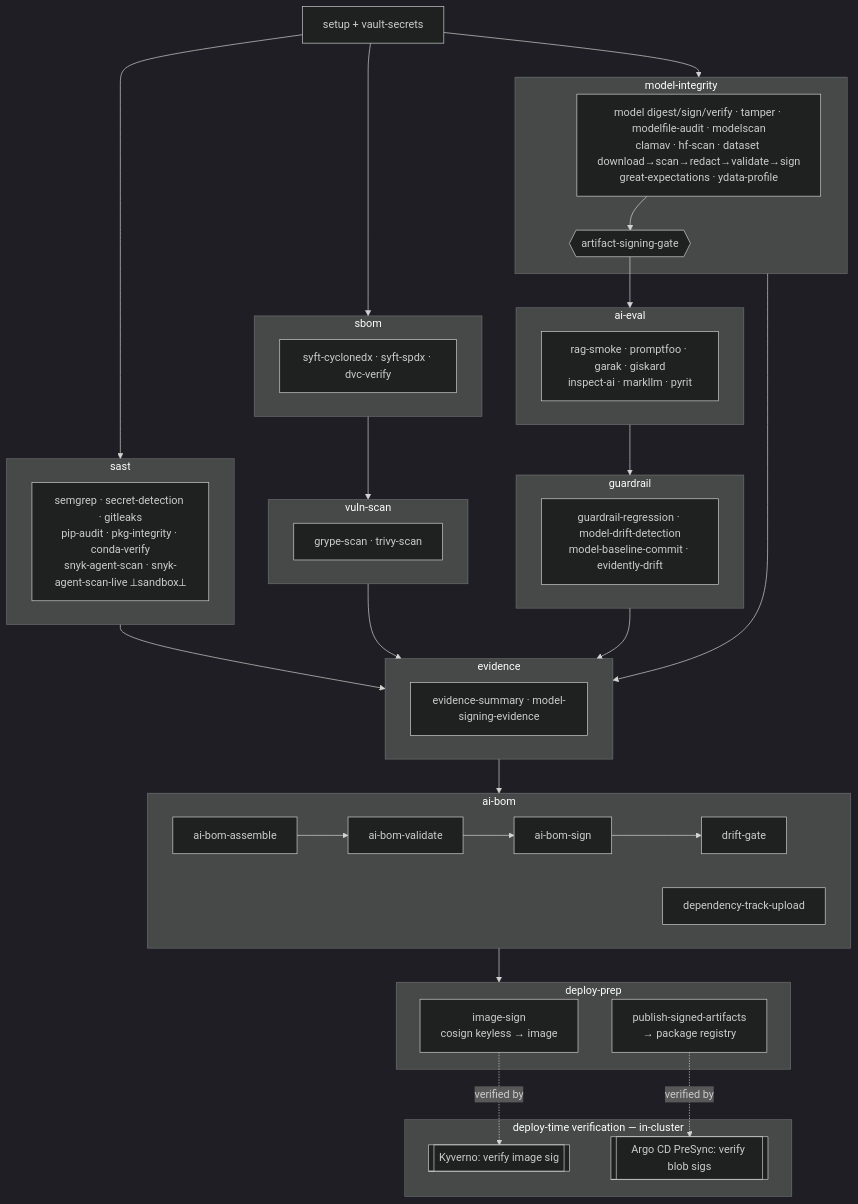
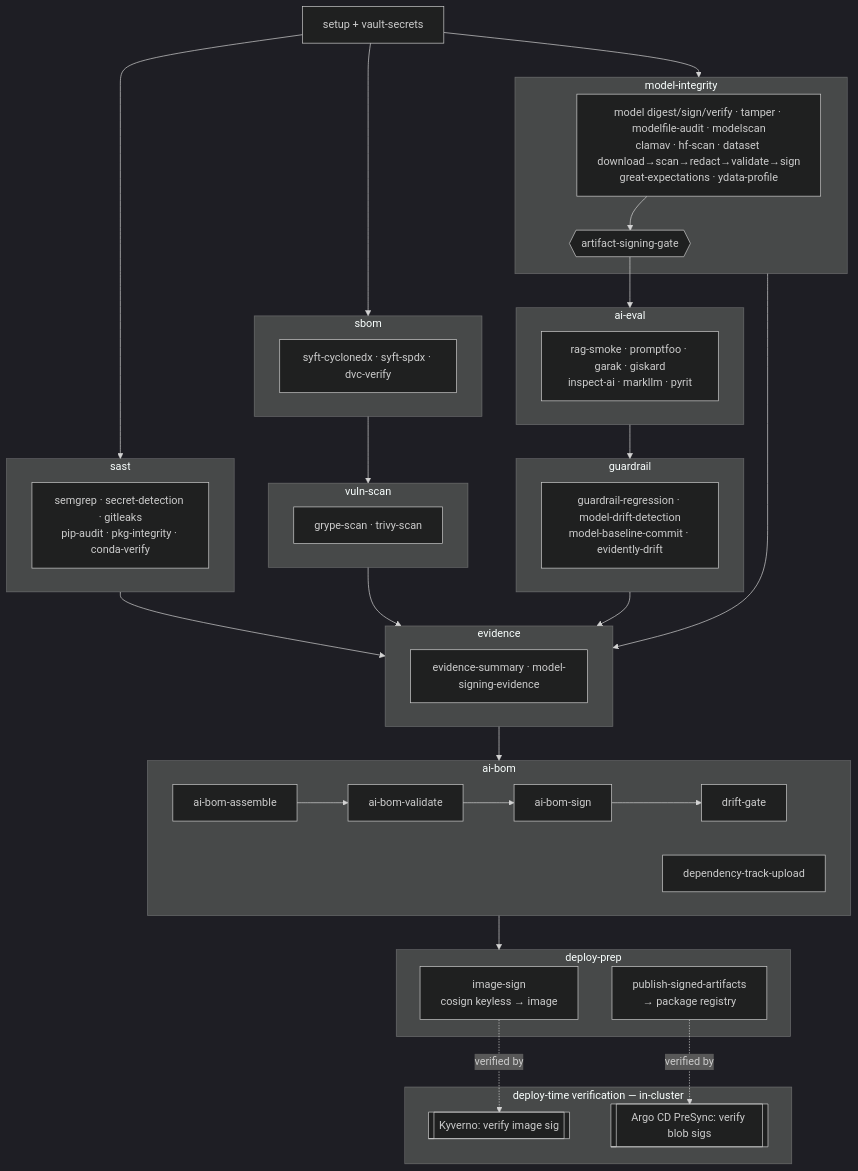
The diagram in docs/gaips-materials/ci/SBOM.md (Nate-Carroll-Cyber/mlsecdevops-pipeline-example), drawn with Mermaid (dark theme) before and after one commit. The commit also changed other lines of this file and 9 other files, not shown here.

````diff
--- a/docs/gaips-materials/ci/SBOM.md
+++ b/docs/gaips-materials/ci/SBOM.md
@@ -18,47 +18,47 @@
 ```mermaid
 flowchart TD
     setup[setup + vault-secrets]
     subgraph SAST [sast]
-      s1[semgrep · secret-detection · gitleaks<br/>pip-audit · pkg-integrity · conda-verify<br/>snyk-agent-scan · snyk-agent-scan-live ⟂sandbox⟂]
+      s1[semgrep · secret-detection · gitleaks<br/>pip-audit · pkg-integrity · conda-verify]
     end
     subgraph SBOM [sbom]
       s2[syft-cyclonedx · syft-spdx · dvc-verify]
     end
     subgraph VULN [vuln-scan]
       s3[grype-scan · trivy-scan]
     end
     subgraph MI [model-integrity]
       s4[model digest/sign/verify · tamper · modelfile-audit · modelscan<br/>clamav · hf-scan · dataset download→scan→redact→validate→sign<br/>great-expectations · ydata-profile]
       g{{artifact-signing-gate}}
       s4 --> g
     end
     subgraph EVAL [ai-eval]
       s5[rag-smoke · promptfoo · garak · giskard<br/>inspect-ai · markllm · pyrit]
     end
     subgraph GUARD [guardrail]
       s6[guardrail-regression · model-drift-detection<br/>model-baseline-commit · evidently-drift]
     end
     subgraph EVID [evidence]
       s7[evidence-summary · model-signing-evidence]
     end
     subgraph AIBOM [ai-bom]
       a1[ai-bom-assemble] --> a2[ai-bom-validate] --> a3[ai-bom-sign] --> a4[drift-gate]
       a5[dependency-track-upload]
     end
     subgraph DEPLOY [deploy-prep]
       d1[image-sign<br/>cosign keyless → image]
       d2[publish-signed-artifacts<br/>→ package registry]
     end
     subgraph VERIFY [deploy-time verification — in-cluster]
       v1[[Kyverno: verify image sig]]
       v2[[Argo CD PreSync: verify blob sigs]]
     end
 
     setup --> SAST & SBOM & MI
     SBOM --> VULN
     g --> EVAL --> GUARD
     SAST & VULN & GUARD & MI --> EVID
     EVID --> AIBOM --> DEPLOY
     d1 -. "verified by" .-> v1
     d2 -. "verified by" .-> v2
 ```
````
